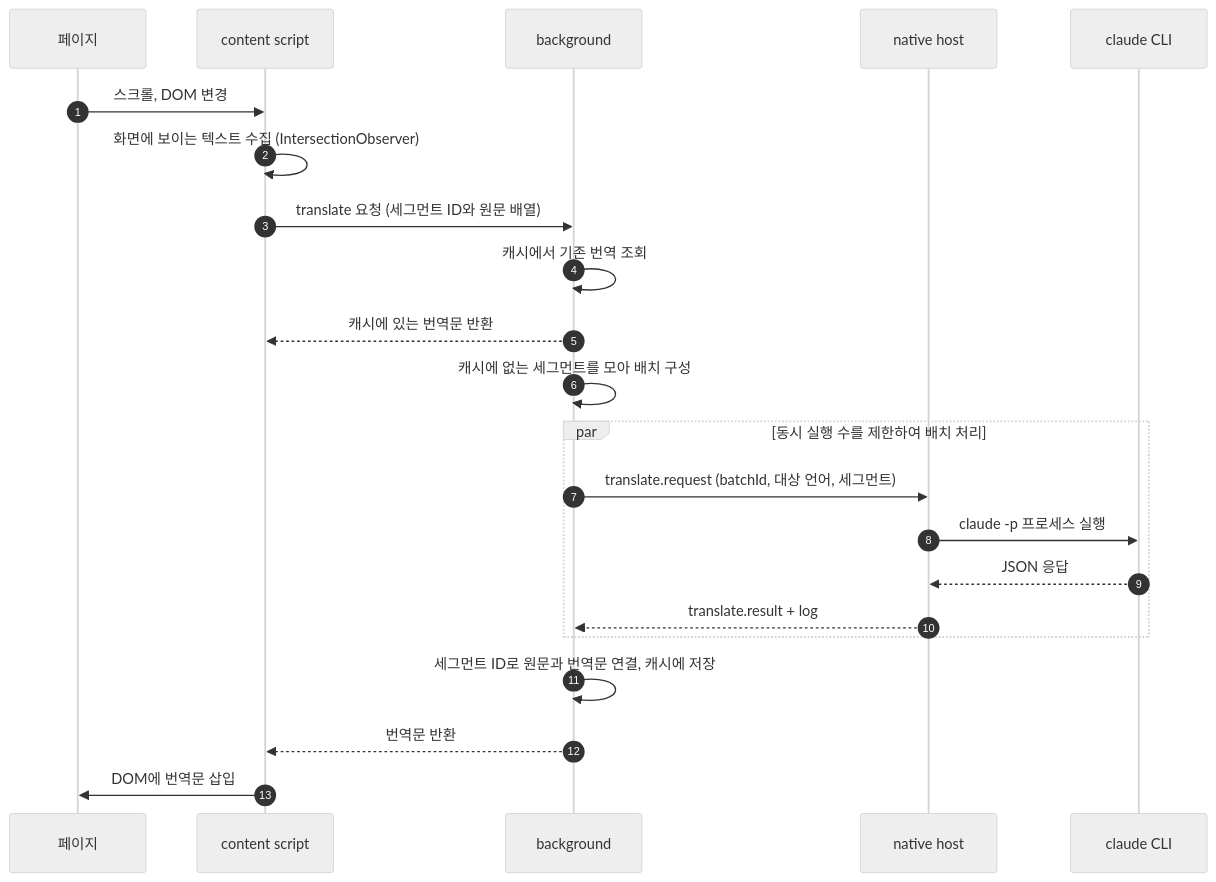
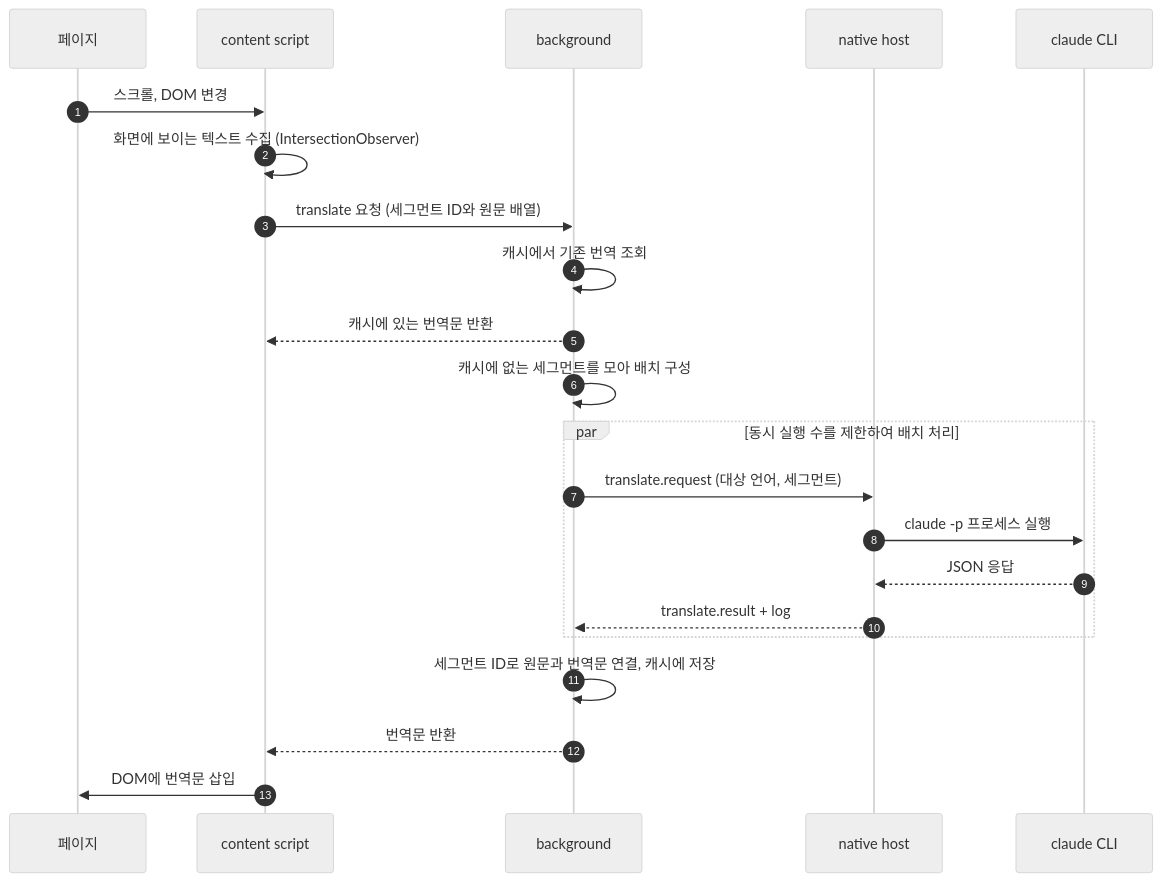
One commit to Grit03/opener changed the second of 2 diagrams in README.md. Above: the diagram before and after it, drawn with Mermaid (neutral theme). The commit also changed 6 other files, not shown here.

````diff
--- a/README.md
+++ b/README.md
@@ -55,25 +55,25 @@
 ```mermaid
 sequenceDiagram
   autonumber
   participant P as 페이지
   participant C as content script
   participant B as background
   participant H as native host
   participant L as claude CLI
 
   P->>C: 스크롤, DOM 변경
   C->>C: 화면에 보이는 텍스트 수집 (IntersectionObserver)
   C->>B: translate 요청 (세그먼트 ID와 원문 배열)
   B->>B: 캐시에서 기존 번역 조회
   B-->>C: 캐시에 있는 번역문 반환
   B->>B: 캐시에 없는 세그먼트를 모아 배치 구성
   par 동시 실행 수를 제한하여 배치 처리
-    B->>H: translate.request (batchId, 대상 언어, 세그먼트)
+    B->>H: translate.request (대상 언어, 세그먼트)
     H->>L: claude -p 프로세스 실행
     L-->>H: JSON 응답
     H-->>B: translate.result + log
   end
   B->>B: 세그먼트 ID로 원문과 번역문 연결, 캐시에 저장
   B-->>C: 번역문 반환
   C->>P: DOM에 번역문 삽입
 ```
````
